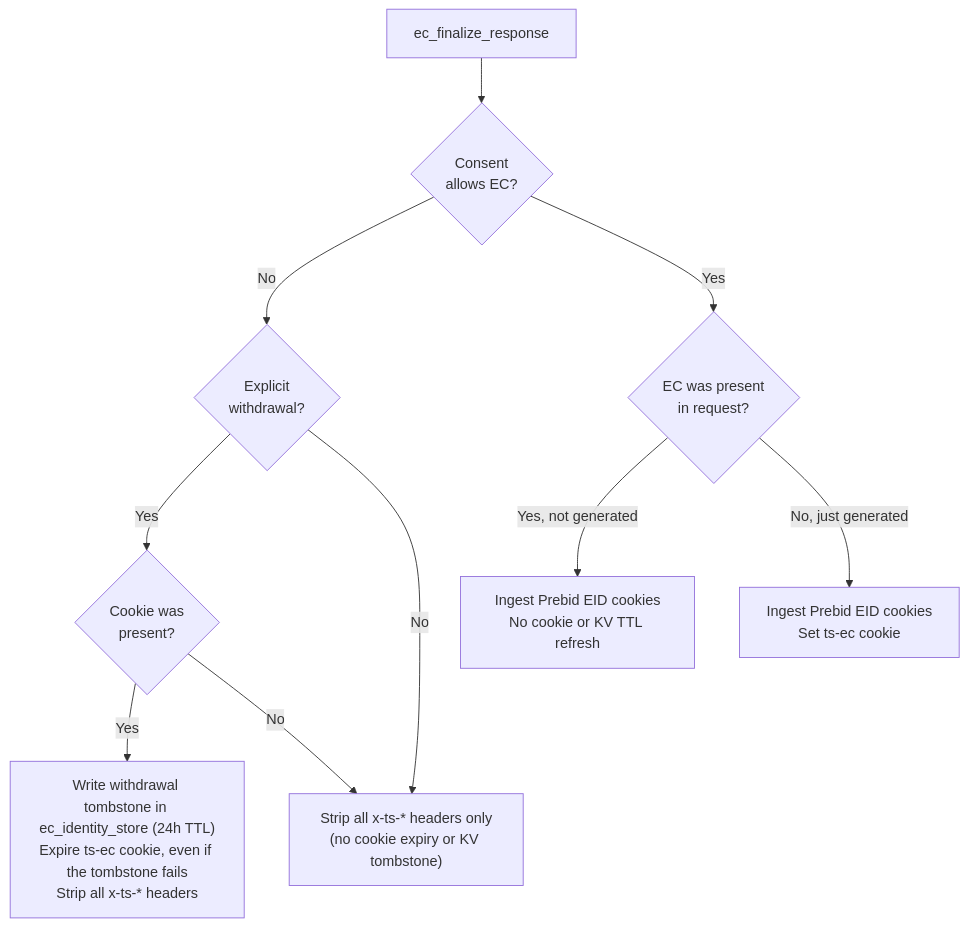
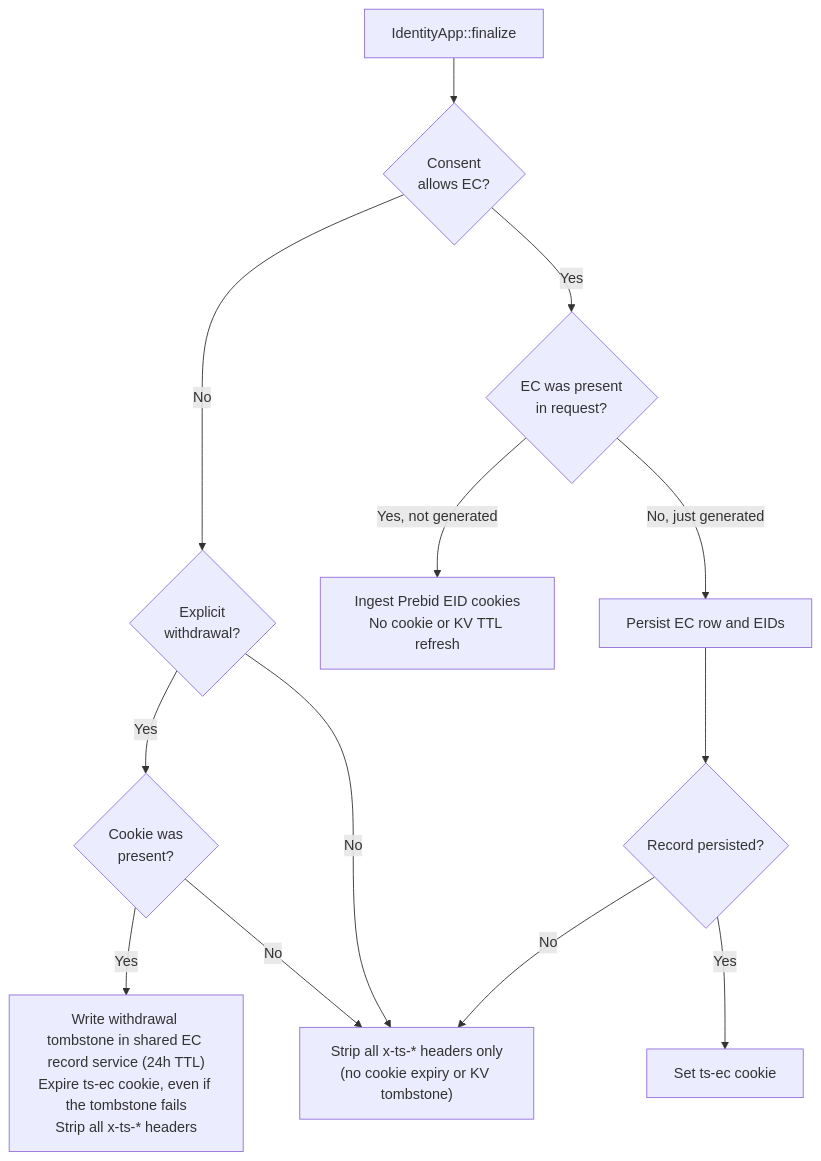
One commit to IABTechLab/trusted-server changed the second of 6 diagrams in docs/guide/edge-cookies.md. Above: the diagram before and after it, drawn with Mermaid. The commit also changed other lines of this file and 7 other files, not shown here.

Commit message:
Reconcile shared identity guidance across adapters

````diff
--- a/docs/guide/edge-cookies.md
+++ b/docs/guide/edge-cookies.md
@@ -75,14 +75,17 @@
 ```mermaid
 flowchart TD
-    Start[ec_finalize_response] --> ConsentCheck{Consent<br/>allows EC?}
+    Start[IdentityApp::finalize] --> ConsentCheck{Consent<br/>allows EC?}
 
     ConsentCheck -- "No" --> ExplicitWithdrawal{Explicit<br/>withdrawal?}
     ExplicitWithdrawal -- "Yes" --> CookiePresent{Cookie was<br/>present?}
-    CookiePresent -- "Yes" --> Withdraw["Write withdrawal tombstone in ec_identity_store (24h TTL)<br/>Expire ts-ec cookie, even if the tombstone fails<br/>Strip all x-ts-* headers"]
+    CookiePresent -- "Yes" --> Withdraw["Write withdrawal tombstone in shared EC record service (24h TTL)<br/>Expire ts-ec cookie, even if the tombstone fails<br/>Strip all x-ts-* headers"]
     CookiePresent -- "No" --> HeaderOnly["Strip all x-ts-* headers only<br/>(no cookie expiry or KV tombstone)"]
     ExplicitWithdrawal -- "No" --> HeaderOnly
 
     ConsentCheck -- "Yes" --> WasPresent{EC was present<br/>in request?}
     WasPresent -- "Yes, not generated" --> Returning["Ingest Prebid EID cookies<br/>No cookie or KV TTL refresh"]
-    WasPresent -- "No, just generated" --> NewEc["Ingest Prebid EID cookies<br/>Set ts-ec cookie"]
+    WasPresent -- "No, just generated" --> Persist["Persist EC row and EIDs"]
+    Persist --> Created{Record persisted?}
+    Created -- "Yes" --> NewEc["Set ts-ec cookie"]
+    Created -- "No" --> HeaderOnly
 ```
````
